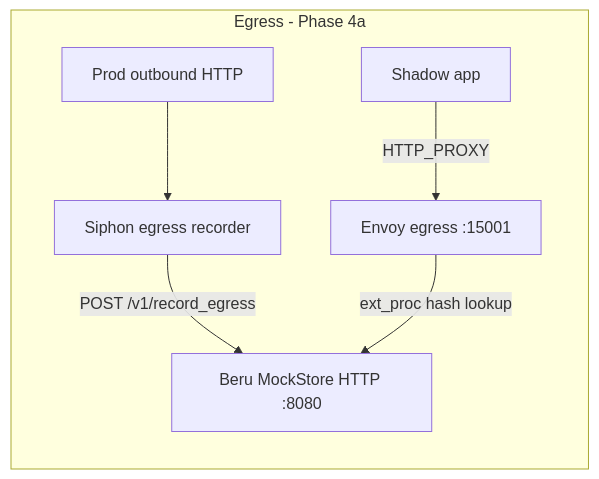
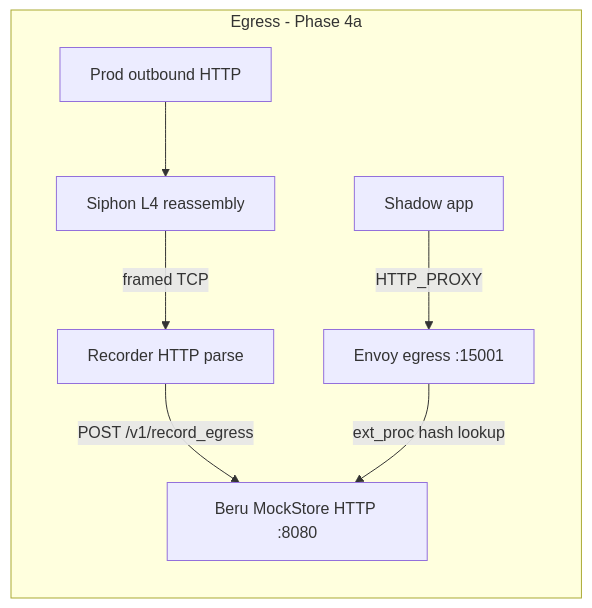
One commit to nederrgo/shadow-diff changed the second of 7 diagrams in ARCHITECTURE.md. Above: the diagram before and after it, drawn with Mermaid. The commit also changed other lines of this file and 33 other files, not shown here.

````diff
--- a/ARCHITECTURE.md
+++ b/ARCHITECTURE.md
@@ -80,14 +80,16 @@
 ```mermaid
 flowchart LR
   subgraph egress [Egress - Phase 4a]
     ProdOut[Prod outbound HTTP]
-    SiphonRec[Siphon egress recorder]
+    SiphonCap[Siphon L4 reassembly]
+    RecorderSvc[Recorder HTTP parse]
     BeruMock[Beru MockStore HTTP :8080]
     ShadowApp[Shadow app]
     EgrEnv[Envoy egress :15001]
-    ProdOut --> SiphonRec
-    SiphonRec -->|POST /v1/record_egress| BeruMock
+    ProdOut --> SiphonCap
+    SiphonCap -->|framed TCP| RecorderSvc
+    RecorderSvc -->|POST /v1/record_egress| BeruMock
     ShadowApp -->|HTTP_PROXY| EgrEnv
     EgrEnv -->|ext_proc hash lookup| BeruMock
   end
 ```
````
